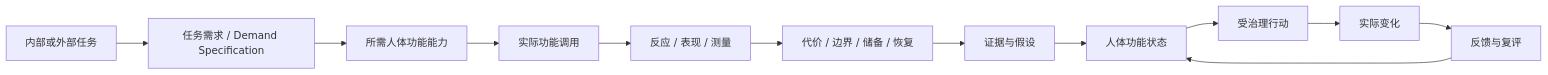
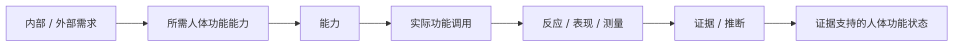
Before and after one commit to dlehche/Unified-Ontology-Of-Human-Function: the diagram in README.zh-CN.md, drawn with Mermaid. The commit also changed other lines of this file and 16 other files, not shown here.

````diff
--- a/README.zh-CN.md
+++ b/README.zh-CN.md
@@ -121,14 +117,9 @@
 ```mermaid
 flowchart LR
-    T[内部或外部任务] --> D[任务需求 / Demand Specification]
-    D --> RC[所需人体功能能力]
-    RC --> FE[实际功能调用]
+    D[内部 / 外部需求] --> RC[所需人体功能能力]
+    RC --> C[能力]
+    C --> FE[实际功能调用]
     FE --> R[反应 / 表现 / 测量]
-    R --> C[代价 / 边界 / 储备 / 恢复]
-    C --> E[证据与假设]
-    E --> S[人体功能状态]
-    S --> A[受治理行动]
-    A --> CH[实际变化]
-    CH --> FB[反馈与复评]
-    FB --> S
+    R --> E[证据 / 推断]
+    E --> S[证据支持的人体功能状态]
 ```
````
